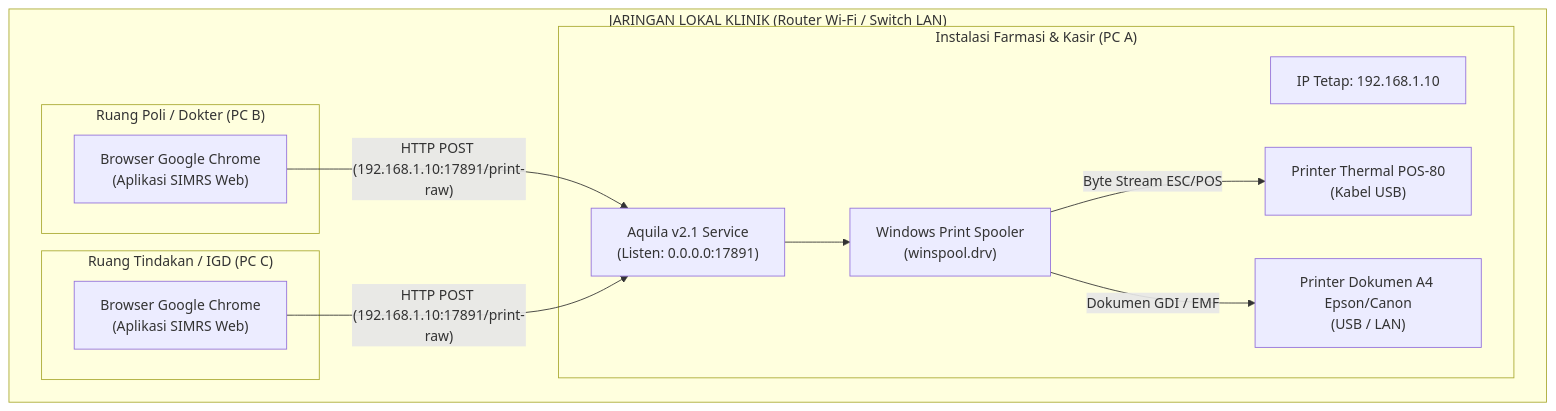
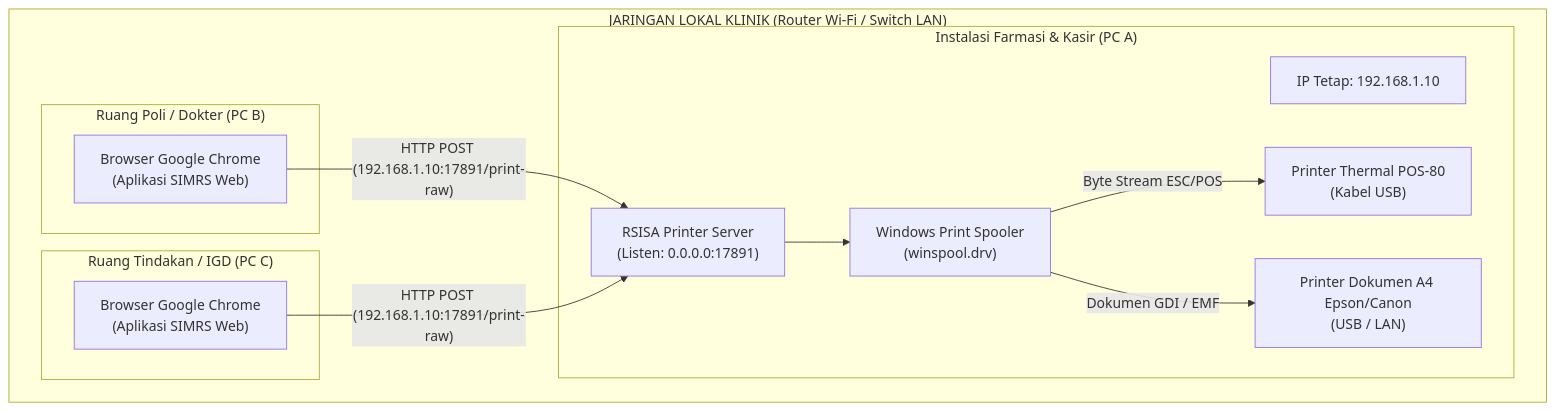
Before and after one commit to karya-anakbangsa/aquila-printers-discover: the diagram in PANDUAN_KOMIK_FLOW_LAN_KLINIK.md, drawn with Mermaid. The commit also changed other lines of this file and 32 other files, not shown here.

Commit message:
chore: rename product to RSISA Printer Server

````diff
--- a/PANDUAN_KOMIK_FLOW_LAN_KLINIK.md
+++ b/PANDUAN_KOMIK_FLOW_LAN_KLINIK.md
@@ -90,27 +91,27 @@
 ```mermaid
 flowchart TD
     subgraph RouterLAN["JARINGAN LOKAL KLINIK (Router Wi-Fi / Switch LAN)"]
         subgraph PoliDokter["Ruang Poli / Dokter (PC B)"]
             DocChrome["Browser Google Chrome<br/>(Aplikasi SIMRS Web)"]
         end
 
         subgraph RawatInap["Ruang Tindakan / IGD (PC C)"]
             IGDChrome["Browser Google Chrome<br/>(Aplikasi SIMRS Web)"]
         end
 
         subgraph Farmasi["Instalasi Farmasi & Kasir (PC A)"]
             IPHost["IP Tetap: 192.168.1.10"]
-            AquilaEngine["Aquila v2.1 Service<br/>(Listen: 0.0.0.0:17891)"]
+            RSISAServer["RSISA Printer Server<br/>(Listen: 0.0.0.0:17891)"]
             WinSpooler["Windows Print Spooler<br/>(winspool.drv)"]
             ThermalUSB["Printer Thermal POS-80<br/>(Kabel USB)"]
             DocPrinter["Printer Dokumen A4 Epson/Canon<br/>(USB / LAN)"]
         end
     end
 
-    DocChrome -- "HTTP POST (192.168.1.10:17891/print-raw)" --> AquilaEngine
-    IGDChrome -- "HTTP POST (192.168.1.10:17891/print-raw)" --> AquilaEngine
+    DocChrome -- "HTTP POST (192.168.1.10:17891/print-raw)" --> RSISAServer
+    IGDChrome -- "HTTP POST (192.168.1.10:17891/print-raw)" --> RSISAServer
     
-    AquilaEngine --> WinSpooler
+    RSISAServer --> WinSpooler
     WinSpooler -- "Byte Stream ESC/POS" --> ThermalUSB
     WinSpooler -- "Dokumen GDI / EMF" --> DocPrinter
 ```
````
